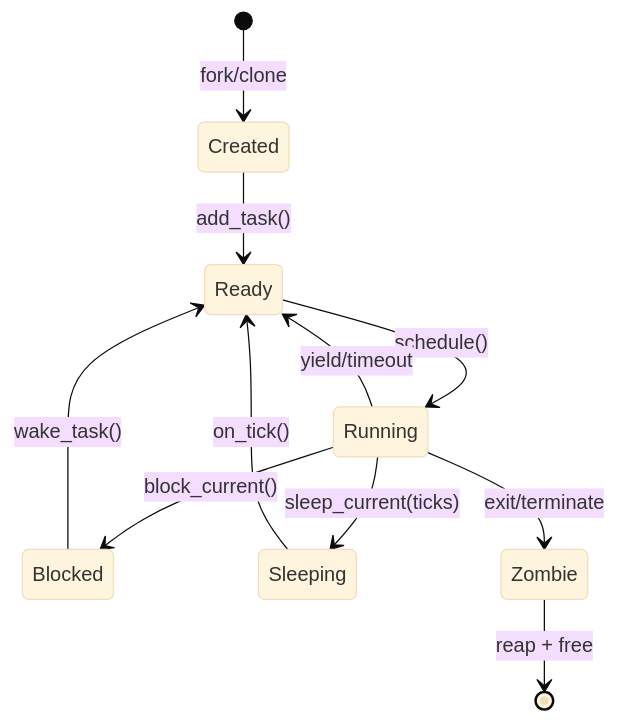
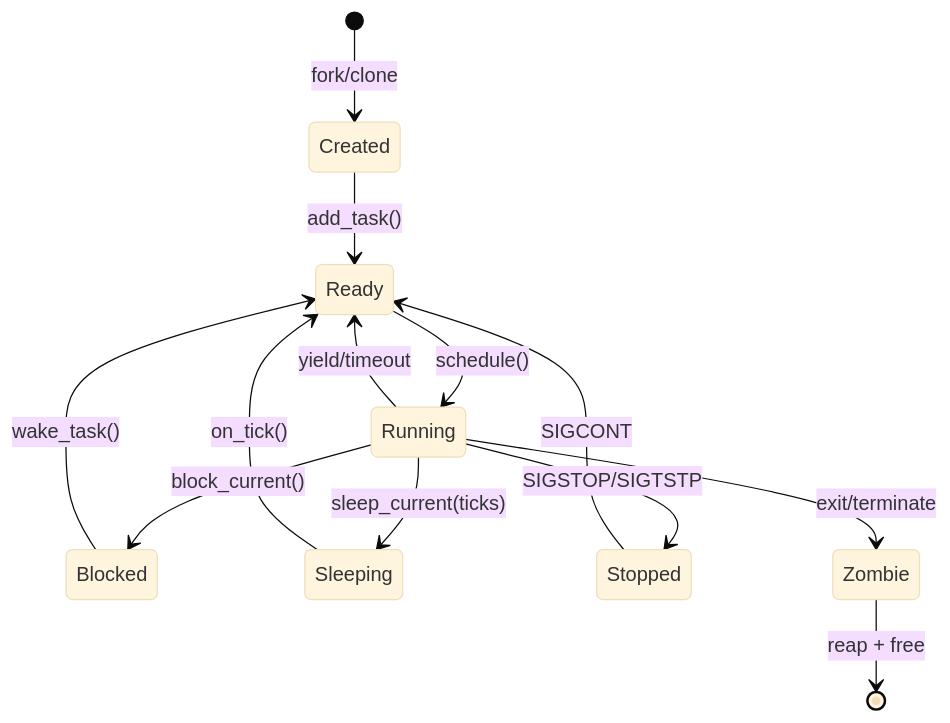
Before and after one commit to KitsuneBSD/FKernel: the third of 8 diagrams in Docs/Architecture/implementation-patterns.md, drawn with Mermaid (base theme). The commit also changed 15 other files, not shown here.

Commit message:
docs: update TODO.md and architecture documentation for session 12

````diff
--- a/Docs/Architecture/implementation-patterns.md
+++ b/Docs/Architecture/implementation-patterns.md
@@ -93,13 +93,15 @@
 ```mermaid
 stateDiagram-v2
     [*] --> Created: fork/clone
     Created --> Ready: add_task()
     Ready --> Running: schedule()
     Running --> Ready: yield/timeout
     Running --> Blocked: block_current()
     Running --> Sleeping: sleep_current(ticks)
-    Running --> Zombie: exit/terminate
+    Running --> Stopped: SIGSTOP/SIGTSTP
+    Stopped --> Ready: SIGCONT
     Blocked --> Ready: wake_task()
     Sleeping --> Ready: on_tick()
+    Running --> Zombie: exit/terminate
     Zombie --> [*]: reap + free
 ```
````
